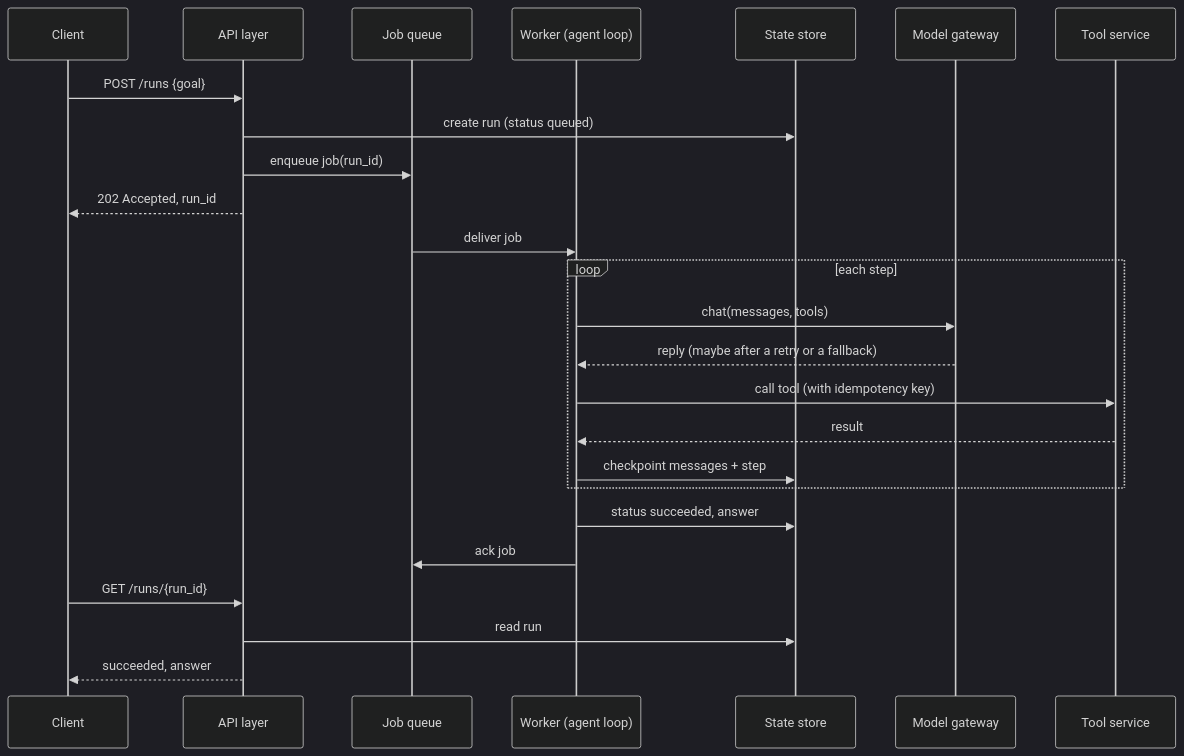
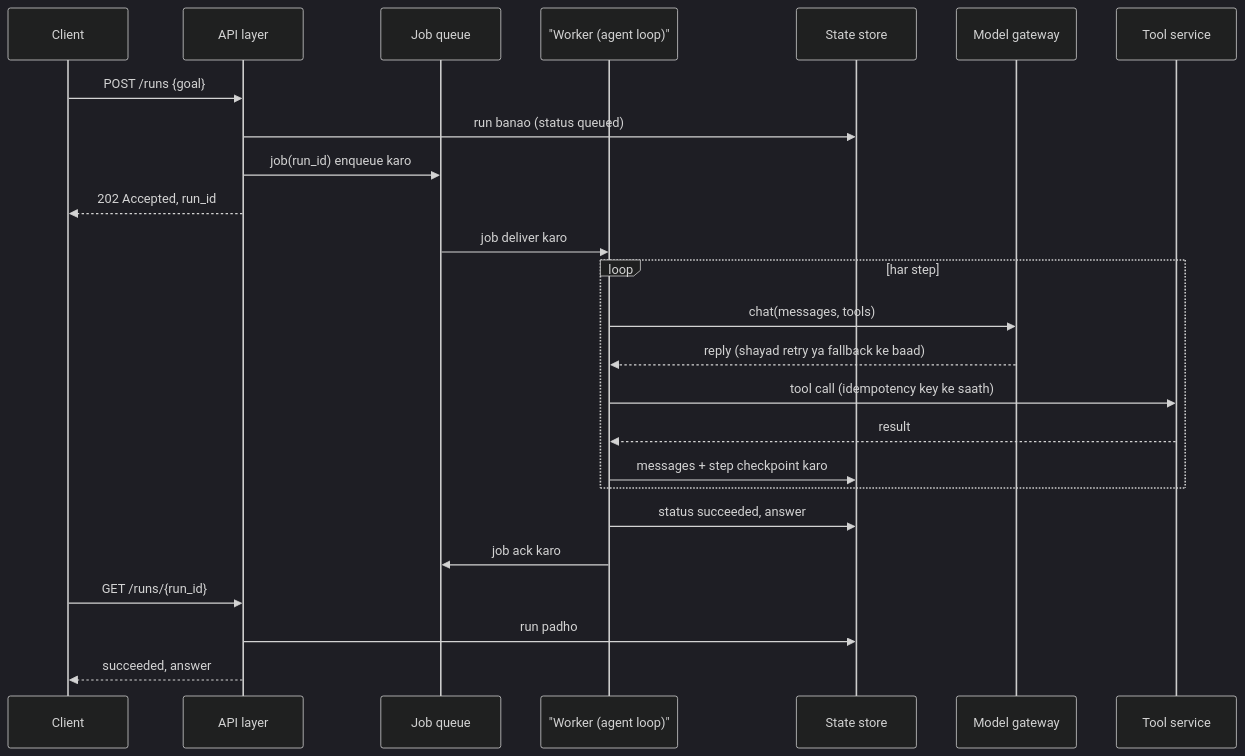
One commit to asmustechno/agentic-ai-notes changed the diagram in docs/15-production-and-deployment/15.1-production-architecture.md. Above: the diagram before and after it, drawn with Mermaid (dark theme). The commit also changed other lines of this file and 135 other files, not shown here.

````diff
--- a/docs/15-production-and-deployment/15.1-production-architecture.md
+++ b/docs/15-production-and-deployment/15.1-production-architecture.md
@@ -61,27 +61,27 @@
 ```mermaid
 sequenceDiagram
     participant C as Client
     participant A as API layer
     participant Q as Job queue
-    participant W as Worker (agent loop)
+    participant W as "Worker (agent loop)"
     participant S as State store
     participant G as Model gateway
     participant T as Tool service
     C->>A: POST /runs {goal}
-    A->>S: create run (status queued)
-    A->>Q: enqueue job(run_id)
+    A->>S: run banao (status queued)
+    A->>Q: job(run_id) enqueue karo
     A-->>C: 202 Accepted, run_id
-    Q->>W: deliver job
-    loop each step
+    Q->>W: job deliver karo
+    loop har step
         W->>G: chat(messages, tools)
-        G-->>W: reply (maybe after a retry or a fallback)
-        W->>T: call tool (with idempotency key)
+        G-->>W: reply (shayad retry ya fallback ke baad)
+        W->>T: tool call (idempotency key ke saath)
         T-->>W: result
-        W->>S: checkpoint messages + step
+        W->>S: messages + step checkpoint karo
     end
     W->>S: status succeeded, answer
-    W->>Q: ack job
+    W->>Q: job ack karo
     C->>A: GET /runs/{run_id}
-    A->>S: read run
+    A->>S: run padho
     A-->>C: succeeded, answer
 ```
````
